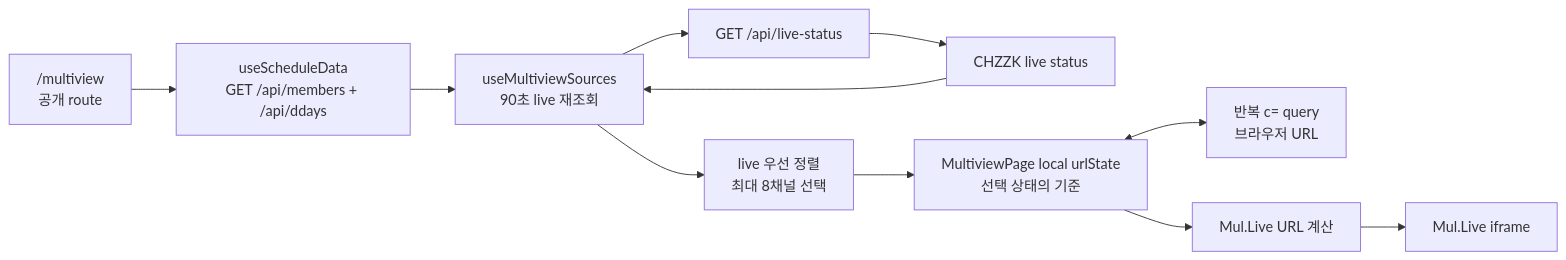
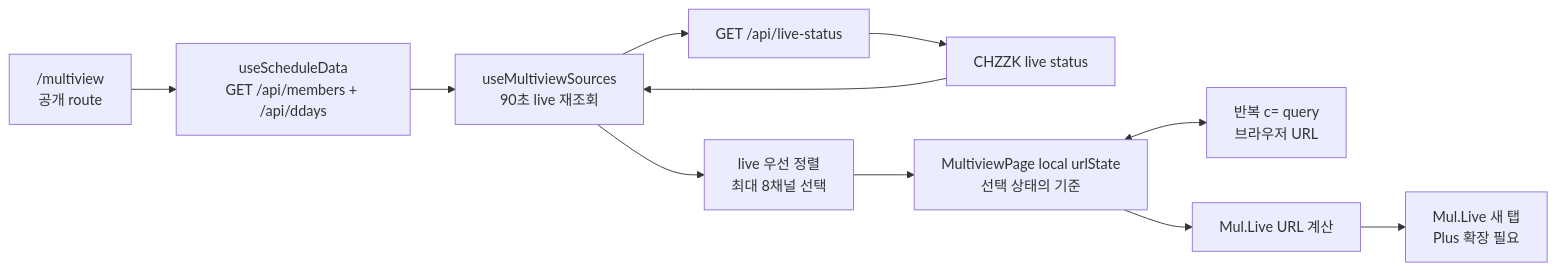
One commit to rlatmfrl24/overthewall-schedule changed the seventh of 9 diagrams in docs/architecture.md. Above: the diagram before and after it, drawn with Mermaid. The commit also changed other lines of this file and 12 other files, not shown here.

````diff
--- a/docs/architecture.md
+++ b/docs/architecture.md
@@ -539,24 +539,24 @@
 ```mermaid
 flowchart LR
   route["/multiview<br/>공개 route"]
   board["useScheduleData<br/>GET /api/members + /api/ddays"]
   sourceQuery["useMultiviewSources<br/>90초 live 재조회"]
   liveRoute["GET /api/live-status"]
   chzzk["CHZZK live status"]
   select["live 우선 정렬<br/>최대 8채널 선택"]
   localState["MultiviewPage local urlState<br/>선택 상태의 기준"]
   browserUrl["반복 c= query<br/>브라우저 URL"]
   embedUrl["Mul.Live URL 계산"]
-  iframe["Mul.Live iframe"]
+  externalView["Mul.Live 새 탭<br/>Plus 확장 필요"]
 
   route --> board
   board --> sourceQuery
   sourceQuery --> liveRoute
   liveRoute --> chzzk
   chzzk --> sourceQuery
   sourceQuery --> select
   select --> localState
   localState <--> browserUrl
   localState --> embedUrl
-  embedUrl --> iframe
+  embedUrl --> externalView
 ```
````
